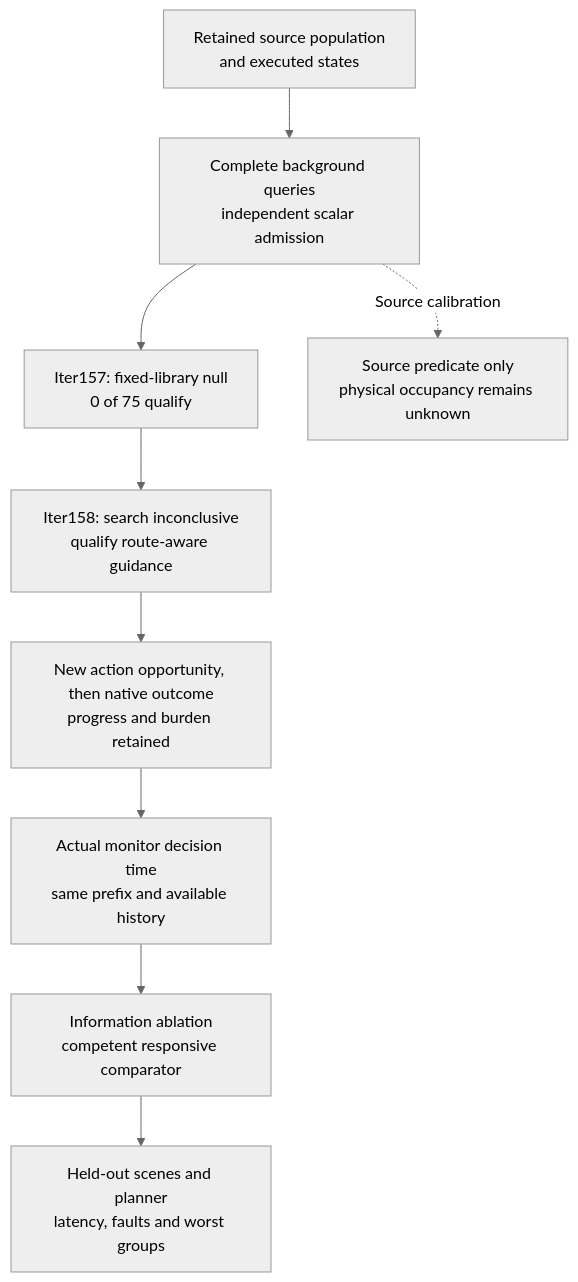
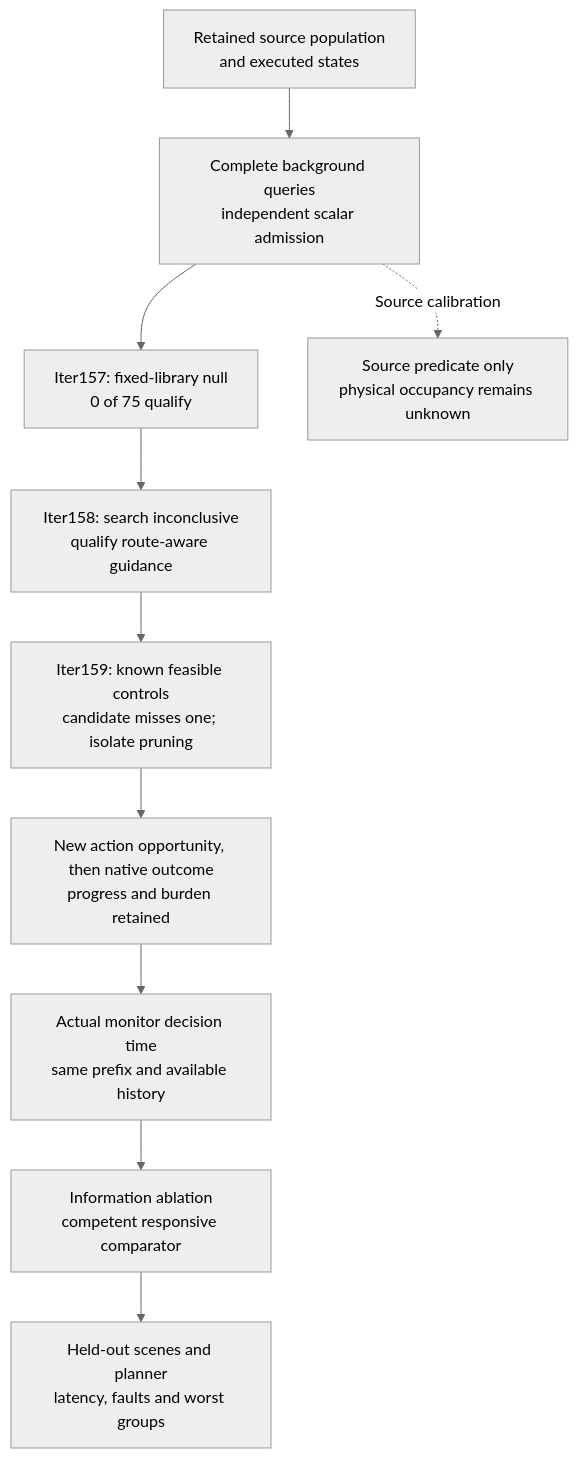
One commit to manfromnowhere143/sentinel changed the diagram in docs/research/SENTINEL_FRONTIER_ENGINE_REVIEW_2026-10-12.md. Above: the diagram before and after it, drawn with Mermaid (neutral theme). The commit also changed other lines of this file and 33 other files, not shown here.

````diff
--- a/docs/research/SENTINEL_FRONTIER_ENGINE_REVIEW_2026-10-12.md
+++ b/docs/research/SENTINEL_FRONTIER_ENGINE_REVIEW_2026-10-12.md
@@ -51,13 +61,14 @@
 ```mermaid
 flowchart TB
   accTitle: Proposed evidence sequence after the background constraint
   accDescr: Complete source calibration precedes useful recovery, decision-time validation, information ablation and held-out tests.
   A["Retained source population<br/>and executed states"] --> B["Complete background queries<br/>independent scalar admission"]
   B --> C["Iter157: fixed-library null<br/>0 of 75 qualify"]
   C --> X["Iter158: search inconclusive<br/>qualify route-aware guidance"]
-  X --> D["New action opportunity, then native outcome<br/>progress and burden retained"]
+  X --> Q["Iter159: known feasible controls<br/>candidate misses one; isolate pruning"]
+  Q --> D["New action opportunity, then native outcome<br/>progress and burden retained"]
   D --> E["Actual monitor decision time<br/>same prefix and available history"]
   E --> F["Information ablation<br/>competent responsive comparator"]
   F --> G["Held-out scenes and planner<br/>latency, faults and worst groups"]
   B -. "Source calibration" .-> L["Source predicate only<br/>physical occupancy remains unknown"]
 ```
````
